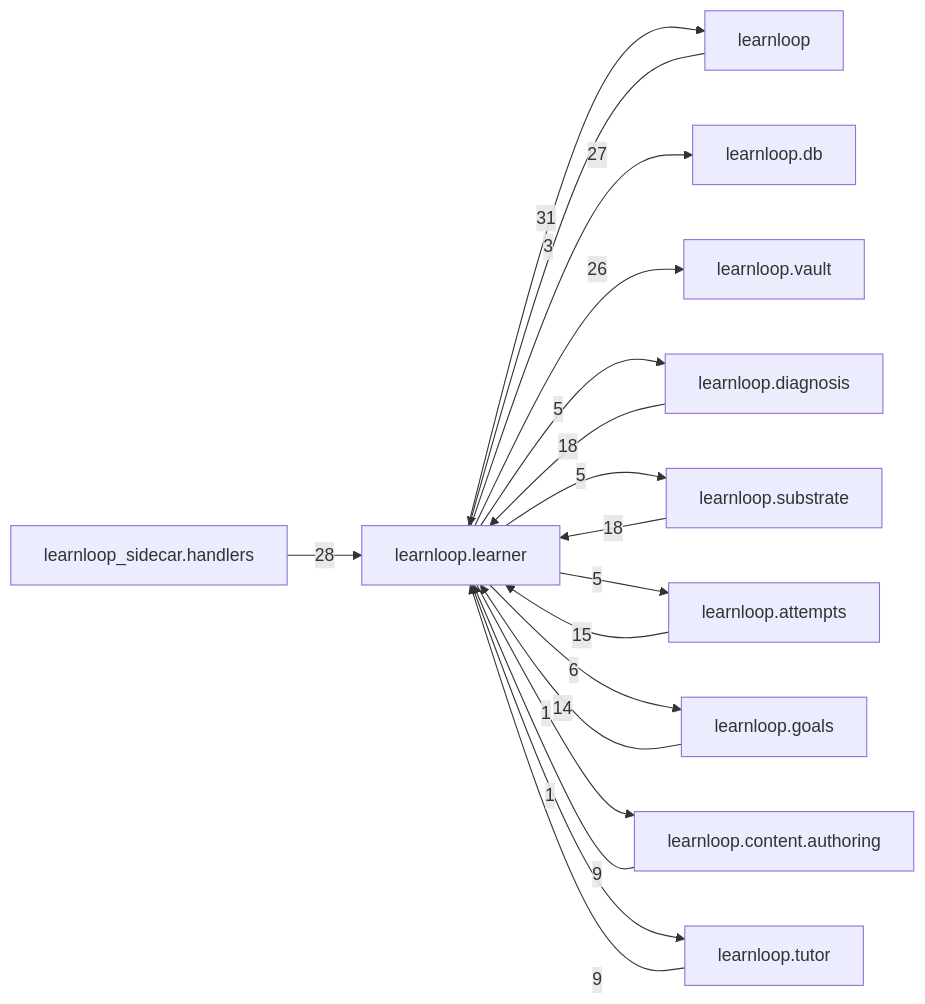
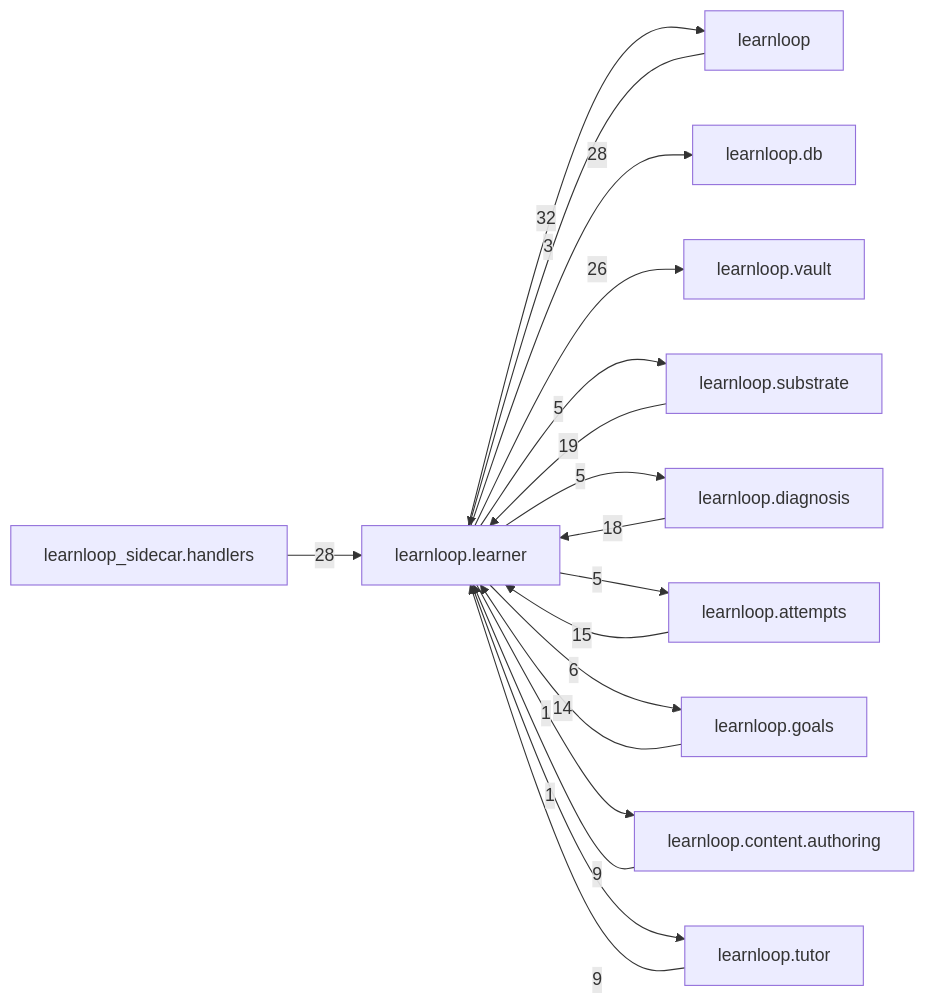
One commit to 6up-b/learnanything changed the diagram in docs/learnloop-architecture-vault/Reference/Modules/learnloop/learner/_package.md. Above: the diagram before and after it, drawn with Mermaid. The commit also changed other lines of this file and 26 other files, not shown here.

````diff
--- a/docs/learnloop-architecture-vault/Reference/Modules/learnloop/learner/_package.md
+++ b/docs/learnloop-architecture-vault/Reference/Modules/learnloop/learner/_package.md
@@ -158,31 +158,31 @@
 ```mermaid
 flowchart LR
     center["learnloop.learner"]
     n_learnloop["learnloop"]
+    n_learnloop_db["learnloop.db"]
     n_learnloop_sidecar_handlers["learnloop_sidecar.handlers"]
-    n_learnloop_db["learnloop.db"]
     n_learnloop_vault["learnloop.vault"]
+    n_learnloop_substrate["learnloop.substrate"]
     n_learnloop_diagnosis["learnloop.diagnosis"]
-    n_learnloop_substrate["learnloop.substrate"]
     n_learnloop_attempts["learnloop.attempts"]
     n_learnloop_goals["learnloop.goals"]
     n_learnloop_content_authoring["learnloop.content.authoring"]
     n_learnloop_tutor["learnloop.tutor"]
     n_learnloop -->|3| center
-    center -->|31| n_learnloop
+    center -->|32| n_learnloop
+    center -->|28| n_learnloop_db
     n_learnloop_sidecar_handlers -->|28| center
-    center -->|27| n_learnloop_db
     center -->|26| n_learnloop_vault
+    n_learnloop_substrate -->|19| center
+    center -->|5| n_learnloop_substrate
     n_learnloop_diagnosis -->|18| center
     center -->|5| n_learnloop_diagnosis
-    n_learnloop_substrate -->|18| center
-    center -->|5| n_learnloop_substrate
     n_learnloop_attempts -->|15| center
     center -->|5| n_learnloop_attempts
     n_learnloop_goals -->|14| center
     center -->|6| n_learnloop_goals
     n_learnloop_content_authoring -->|9| center
     center -->|1| n_learnloop_content_authoring
     n_learnloop_tutor -->|9| center
     center -->|1| n_learnloop_tutor
 ```
````
